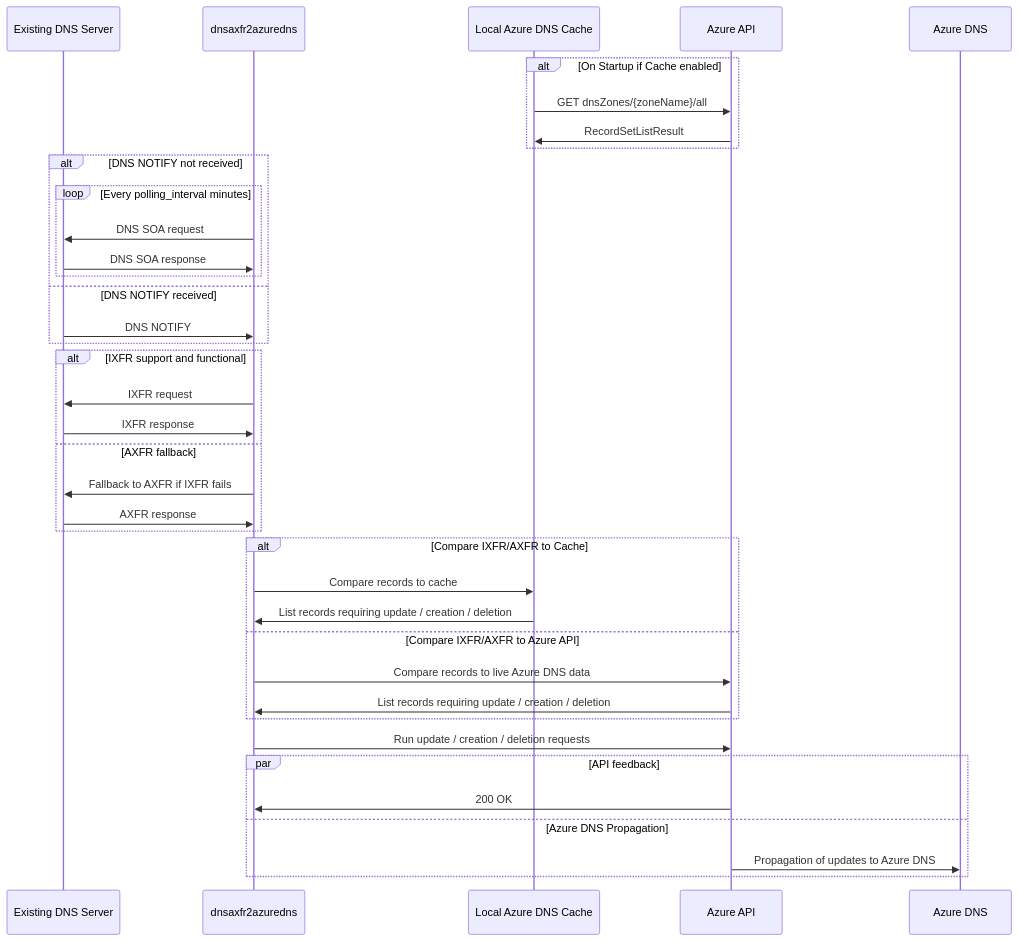
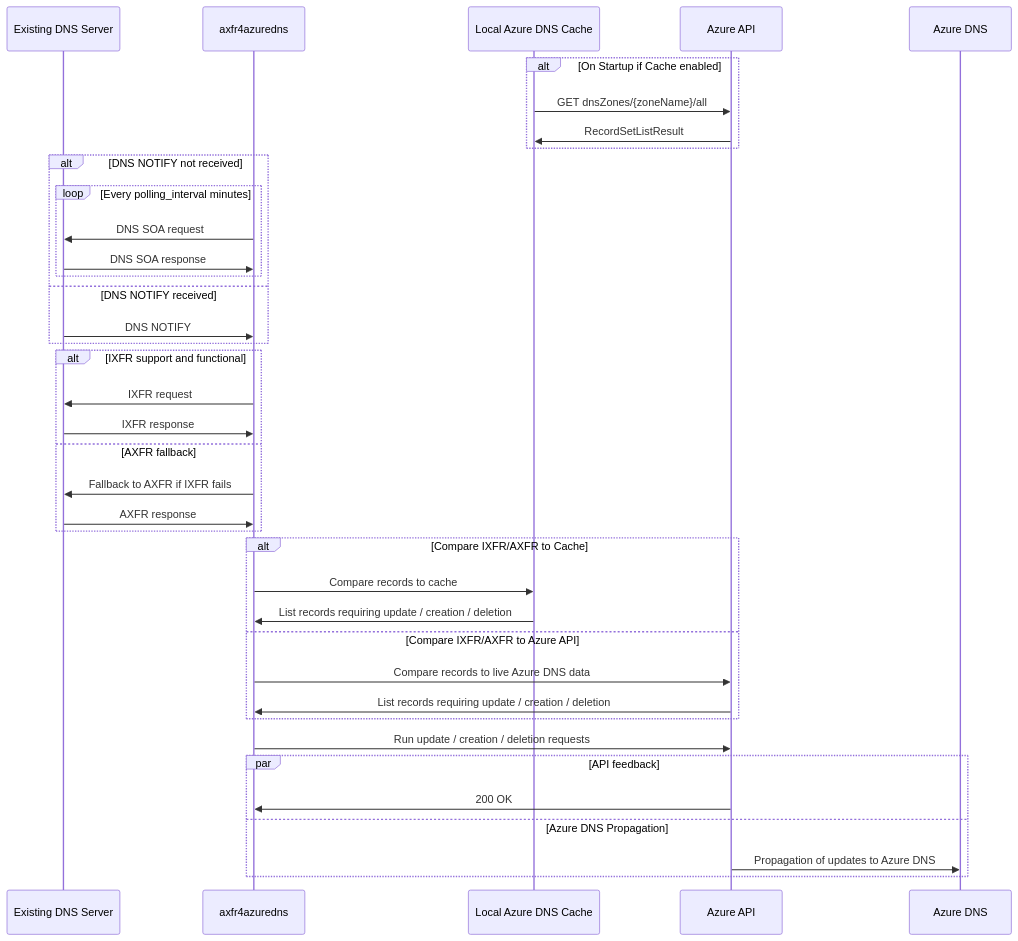
One commit to vivienbo/dns2azuredns changed the diagram in README.md. Above: the diagram before and after it, drawn with Mermaid. The commit also changed other lines of this file and 11 other files, not shown here.

First line of the commit message:
[Refactor] Rebranded project to axfr4azuredns (#16)

````diff
--- a/README.md
+++ b/README.md
@@ -22,46 +25,46 @@
 ```mermaid
 sequenceDiagram
     participant EDNS as Existing DNS Server
-    participant D2AD as dnsaxfr2azuredns
+    participant D2AD as axfr4azuredns
     participant AzDNSCache as Local Azure DNS Cache
     participant AzAPI as Azure API
     participant AzDNS as Azure DNS
     
     alt On Startup if Cache enabled
         AzDNSCache->>AzAPI: GET dnsZones/{zoneName}/all
         AzAPI->>AzDNSCache: RecordSetListResult
     end
 
     alt DNS NOTIFY not received
         loop Every polling_interval minutes
             D2AD->>EDNS: DNS SOA request
             EDNS->>D2AD: DNS SOA response
         end
     else DNS NOTIFY received
         EDNS->>D2AD: DNS NOTIFY
     end
 
     alt IXFR support and functional
         D2AD->>EDNS: IXFR request
         EDNS->>D2AD: IXFR response
     else AXFR fallback
         D2AD->>EDNS: Fallback to AXFR if IXFR fails
         EDNS->>D2AD: AXFR response
     end
 
     alt Compare IXFR/AXFR to Cache
         D2AD->>AzDNSCache: Compare records to cache
         AzDNSCache->>D2AD: List records requiring update / creation / deletion
     else Compare IXFR/AXFR to Azure API
         D2AD->>AzAPI: Compare records to live Azure DNS data
         AzAPI->>D2AD: List records requiring update / creation / deletion
     end
 
     D2AD->>AzAPI: Run update / creation / deletion requests
 
     par API feedback
         AzAPI->>D2AD: 200 OK
     and Azure DNS Propagation
         AzAPI->>AzDNS: Propagation of updates to Azure DNS
     end
 ```
````
